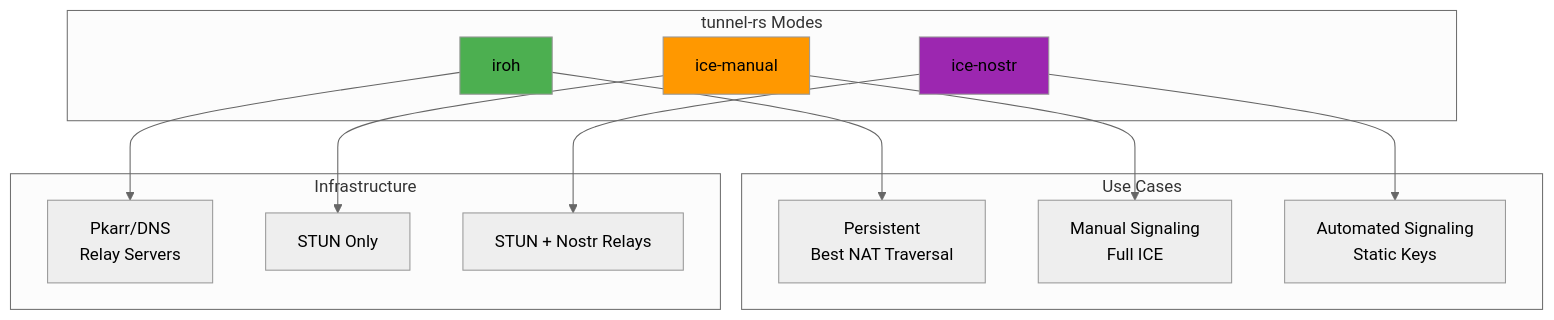
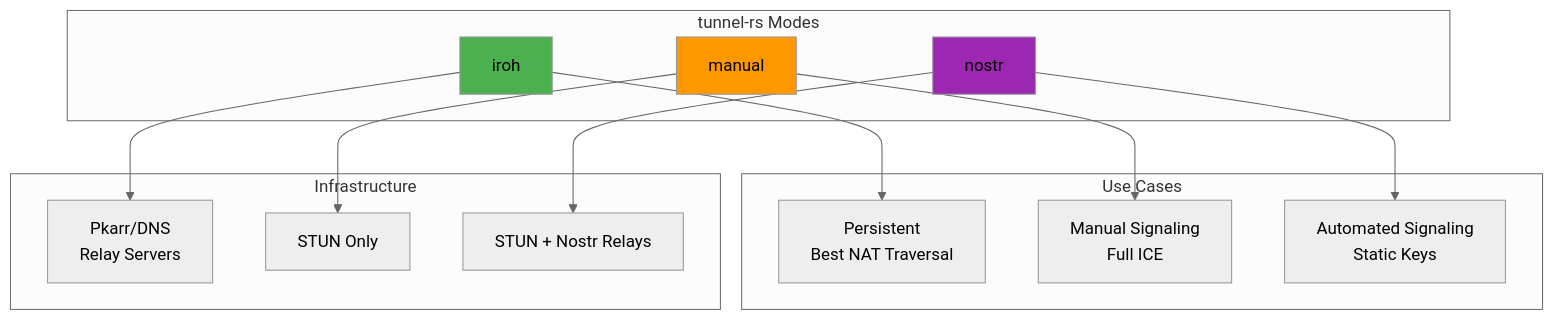
One commit to andrewtheguy/vpn-rs changed the first of 35 diagrams in docs/ARCHITECTURE.md. Above: the diagram before and after it, drawn with Mermaid (neutral theme). The commit also changed other lines of this file and 8 other files, not shown here.

````diff
--- a/docs/ARCHITECTURE.md
+++ b/docs/ARCHITECTURE.md
@@ -30,32 +30,32 @@
 ```mermaid
 graph TB
     subgraph "tunnel-rs Modes"
         A[iroh]
-        C[ice-manual]
-        D2[ice-nostr]
+        C[manual]
+        D2[nostr]
     end
 
     subgraph "Use Cases"
         D[Persistent<br/>Best NAT Traversal]
         F[Manual Signaling<br/>Full ICE]
         F2[Automated Signaling<br/>Static Keys]
     end
 
     subgraph "Infrastructure"
         G[Pkarr/DNS<br/>Relay Servers]
         I[STUN Only]
         I2[STUN + Nostr Relays]
     end
 
     A --> D
     C --> F
     D2 --> F2
 
     A --> G
     C --> I
     D2 --> I2
 
     style A fill:#4CAF50
     style C fill:#FF9800
     style D2 fill:#9C27B0
 ```
````
